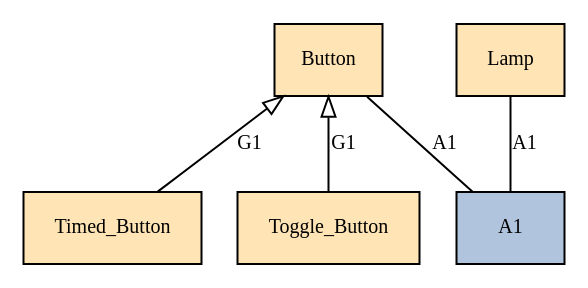
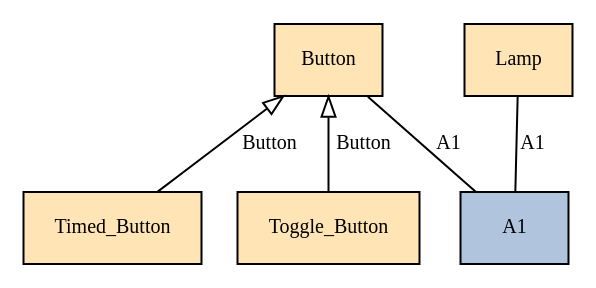
Before and after one commit to simonjwright/coldframe: the diagram in House_Management.images/House_Management.overall.dot, drawn with Graphviz. The commit also changed 16 other files, not shown here.

```diff
--- a/House_Management.images/House_Management.overall.dot
+++ b/House_Management.images/House_Management.overall.dot
@@ -1,15 +1,15 @@
 
       digraph "overall" {
       edge [fontsize=10];
       node [shape=record, style=filled, fillcolor=moccasin, fontsize=10];
       A1 [fillcolor=lightsteelblue, URL="#A1"]
 Button [URL="#Button"]
 Lamp [URL="#Lamp"]
 Timed_Button [URL="#Timed_Button"]
 Toggle_Button [URL="#Toggle_Button"]
 Lamp -> A1 [label="A1", arrowhead=none, URL="#A1"]
 Button -> A1 [label="A1", arrowhead=none, URL="#A1"]
-Button -> Timed_Button [label="G1", dir=back, arrowhead=none, arrowtail=onormal, URL="#G1"]
-Button -> Toggle_Button [label="G1", dir=back, arrowhead=none, arrowtail=onormal, URL="#G1"]
+Button -> Timed_Button [label="Button", dir=back, arrowhead=none, arrowtail=onormal, URL="#Button"]
+Button -> Toggle_Button [label="Button", dir=back, arrowhead=none, arrowtail=onormal, URL="#Button"]
 
       }
```
